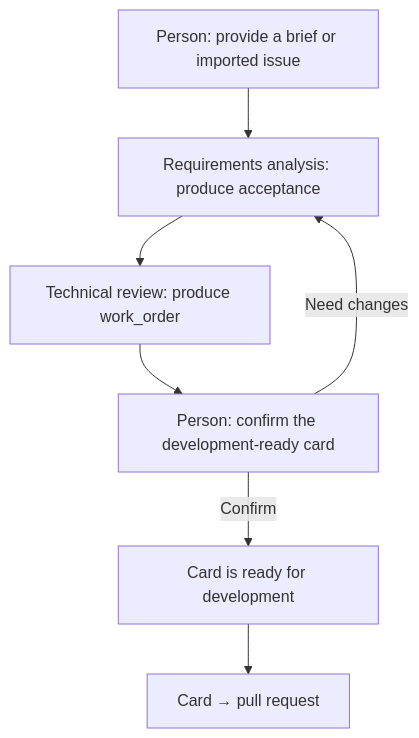
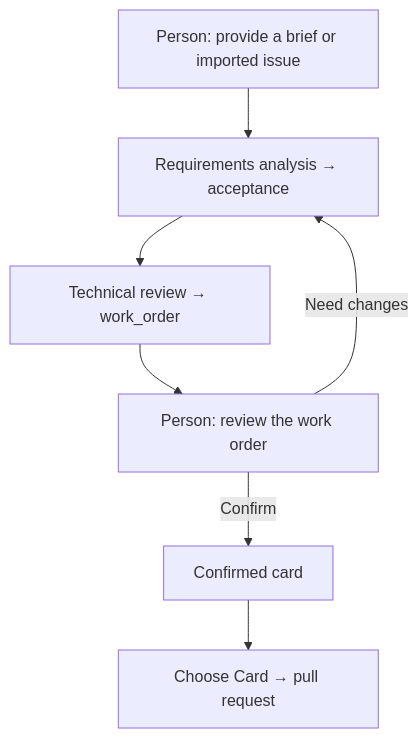
One commit to WeiJiLab/aiworkforce-docs changed the diagram in src/content/docs/software-factory/requirements-to-card.md. Above: the diagram before and after it, drawn with Mermaid. The commit also changed other lines of this file and 12 other files, not shown here.

````diff
--- a/src/content/docs/software-factory/requirements-to-card.md
+++ b/src/content/docs/software-factory/requirements-to-card.md
@@ -16,11 +16,11 @@
 ```mermaid
 flowchart TD
-    brief["Person: provide a brief or imported issue"] --> analysis["Requirements analysis: produce acceptance"]
-    analysis --> technical["Technical review: produce work_order"]
-    technical --> review["Person: confirm the development-ready card"]
+    brief["Person: provide a brief or imported issue"] --> analysis["Requirements analysis → acceptance"]
+    analysis --> technical["Technical review → work_order"]
+    technical --> review["Person: review the work order"]
     review -->|Need changes| analysis
-    review -->|Confirm| ready["Card is ready for development"]
-    ready --> next["Card → pull request"]
+    review -->|Confirm| ready["Confirmed card"]
+    ready --> next["Choose Card → pull request"]
     class brief,review human
     class analysis,technical agent
 ```
````
